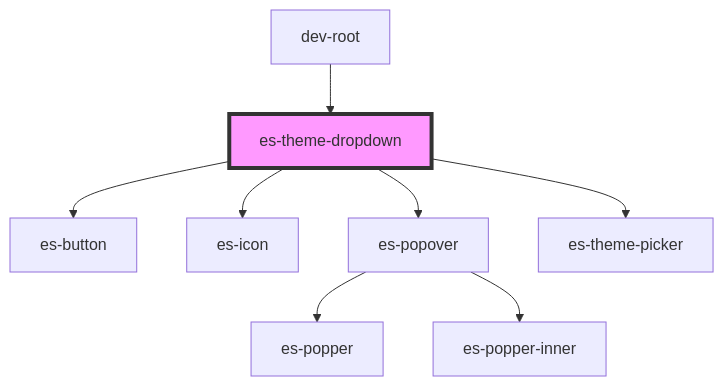
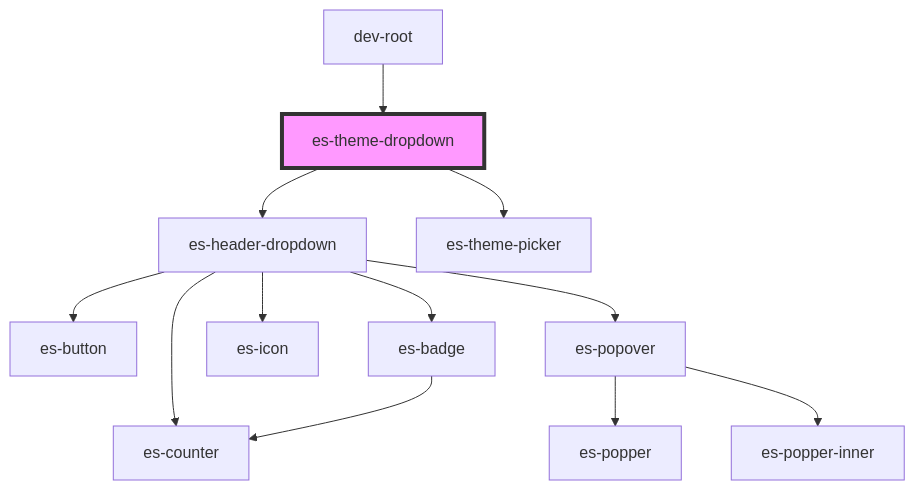
Before and after one commit to EventStore/Design-System: the diagram in packages/layout/src/components/es-theme-dropdown/readme.md, drawn with Mermaid. The commit also changed other lines of this file and 2 other files, not shown here.

````diff
--- a/packages/layout/src/components/es-theme-dropdown/readme.md
+++ b/packages/layout/src/components/es-theme-dropdown/readme.md
@@ -22,11 +52,15 @@
 ```mermaid
 graph TD;
-  es-theme-dropdown --> es-button
-  es-theme-dropdown --> es-icon
-  es-theme-dropdown --> es-popover
+  es-theme-dropdown --> es-header-dropdown
   es-theme-dropdown --> es-theme-picker
+  es-header-dropdown --> es-button
+  es-header-dropdown --> es-counter
+  es-header-dropdown --> es-badge
+  es-header-dropdown --> es-icon
+  es-header-dropdown --> es-popover
+  es-badge --> es-counter
   es-popover --> es-popper
   es-popover --> es-popper-inner
   dev-root --> es-theme-dropdown
   style es-theme-dropdown fill:#f9f,stroke:#333,stroke-width:4px
 ```
````
